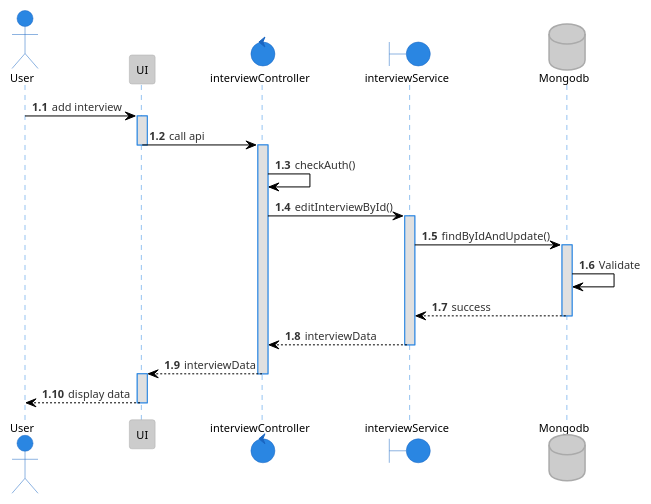
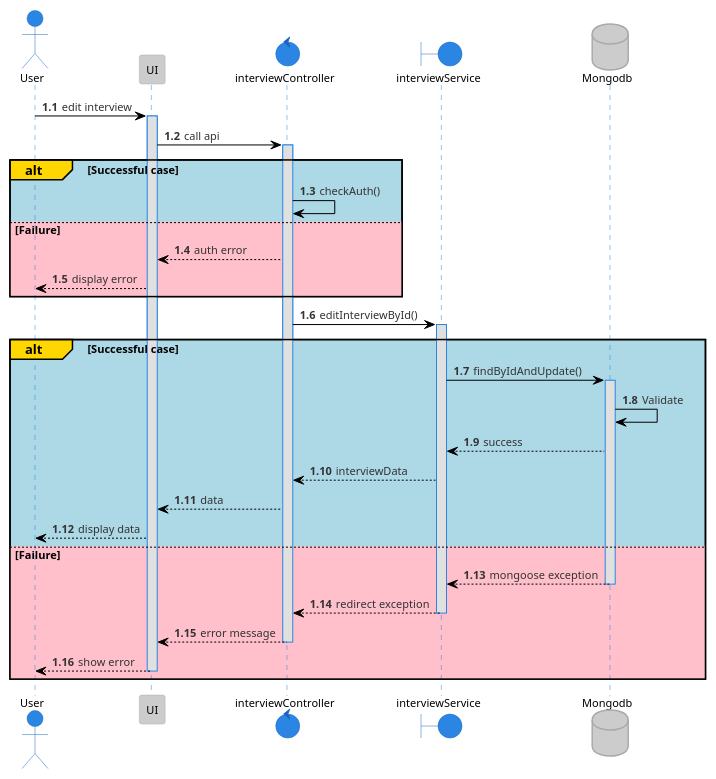
The diagram in plantuml/sequence/interview/editInterview.puml (tuannm99/RMS), drawn with PlantUML before and after one commit. The commit also changed 31 other files, not shown here.

Commit message:
update - final sequence

```diff
--- a/plantuml/sequence/interview/editInterview.puml
+++ b/plantuml/sequence/interview/editInterview.puml
@@ -1,33 +1,47 @@
 @startuml edit Interview 
 !theme reddress-lightblue
 
 autonumber 1.1
 actor User
 participant UI
 control  interviewController
 boundary interviewService
 database Mongodb
 
 
-User -> UI: add interview
+User -> UI: edit interview
 activate UI
 UI -> interviewController: call api
-deactivate UI
 activate interviewController
-interviewController -> interviewController: checkAuth()
+
+alt#Gold #LightBlue Successful case
+    interviewController -> interviewController: checkAuth()
+else #Pink Failure
+    interviewController --> UI: auth error
+    UI --> User: display error
+end
+
 interviewController -> interviewService: editInterviewById()
-activate interviewService
-interviewService -> Mongodb: findByIdAndUpdate()
-activate Mongodb
-Mongodb -> Mongodb: Validate
-Mongodb --> interviewService: success
-deactivate Mongodb
-interviewService --> interviewController: interviewData
-deactivate interviewService
-interviewController --> UI: interviewData
-deactivate interviewController
-activate UI
-UI --> User: display data
-deactivate UI
+
+alt#Gold #LightBlue Successful case
+    activate interviewService
+    interviewService -> Mongodb: findByIdAndUpdate()
+    activate Mongodb
+    Mongodb -> Mongodb: Validate
+    Mongodb --> interviewService: success
+    interviewService --> interviewController: interviewData
+    interviewController --> UI: data
+    UI --> User: display data
+else #Pink Failure
+    Mongodb --> interviewService: mongoose exception
+    deactivate Mongodb
+    interviewService --> interviewController: redirect exception
+    deactivate interviewService
+    interviewController --> UI: error message
+    deactivate interviewController
+    UI --> User: show error
+    deactivate UI
+end
+
 
 @enduml
```
